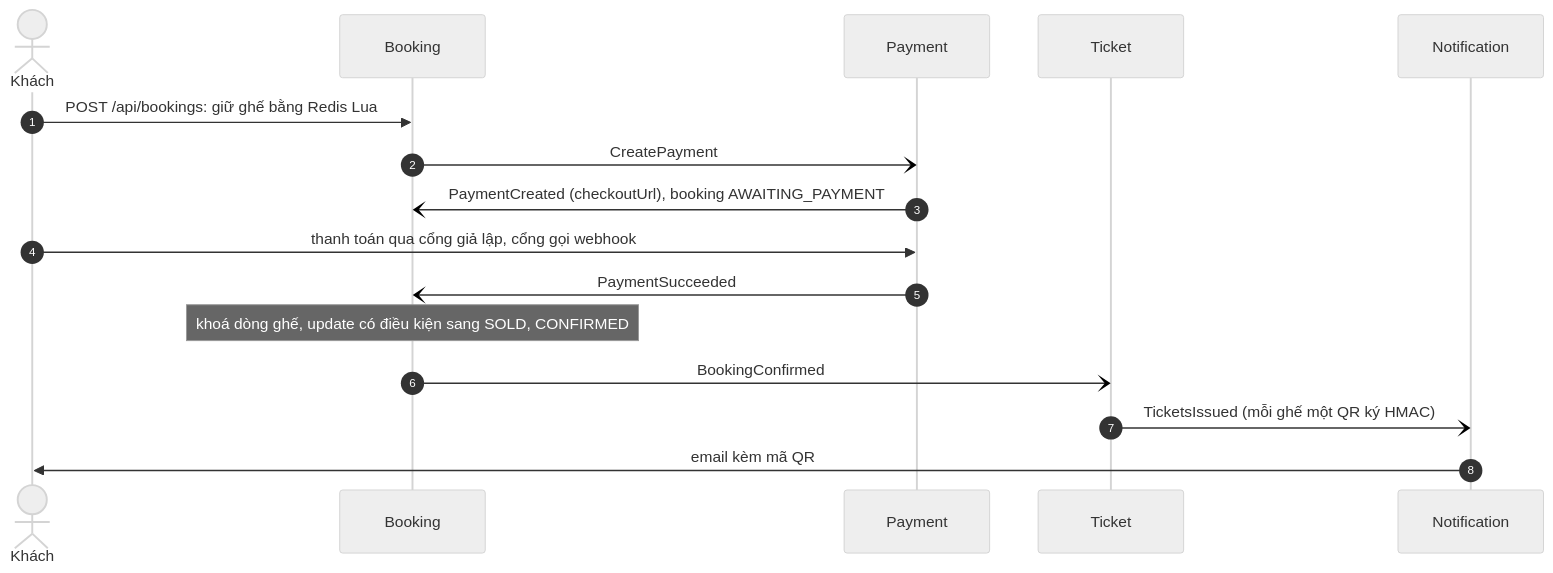
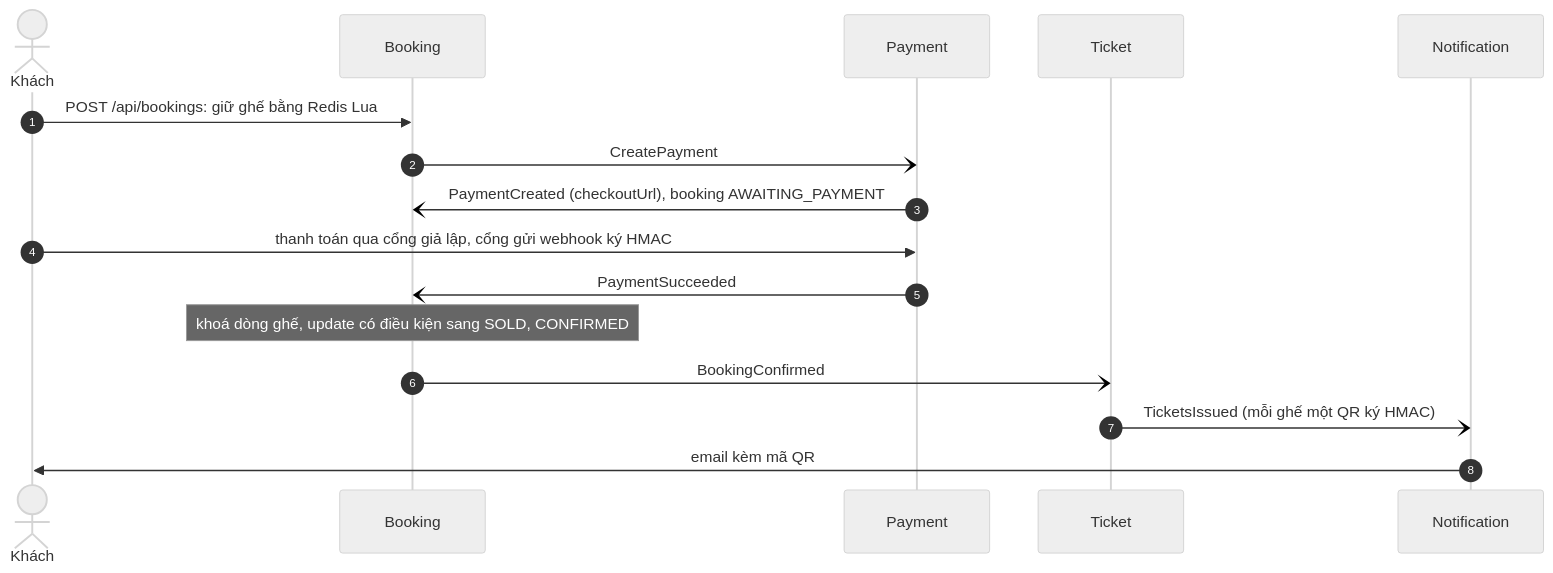
The second of 2 diagrams in README.md (trinhhung-arch/ticket-rush), drawn with Mermaid (neutral theme) before and after one commit. The commit also changed other lines of this file and 118 other files, not shown here.

````diff
--- a/README.md
+++ b/README.md
@@ -37,18 +40,18 @@
 ```mermaid
 sequenceDiagram
     autonumber
     actor C as Khách
     participant B as Booking
     participant P as Payment
     participant T as Ticket
     participant N as Notification
     C->>B: POST /api/bookings: giữ ghế bằng Redis Lua
     B-)P: CreatePayment
     P-)B: PaymentCreated (checkoutUrl), booking AWAITING_PAYMENT
-    C->>P: thanh toán qua cổng giả lập, cổng gọi webhook
+    C->>P: thanh toán qua cổng giả lập, cổng gửi webhook ký HMAC
     P-)B: PaymentSucceeded
     Note over B: khoá dòng ghế, update có điều kiện sang SOLD, CONFIRMED
     B-)T: BookingConfirmed
     T-)N: TicketsIssued (mỗi ghế một QR ký HMAC)
     N->>C: email kèm mã QR
 ```
````
